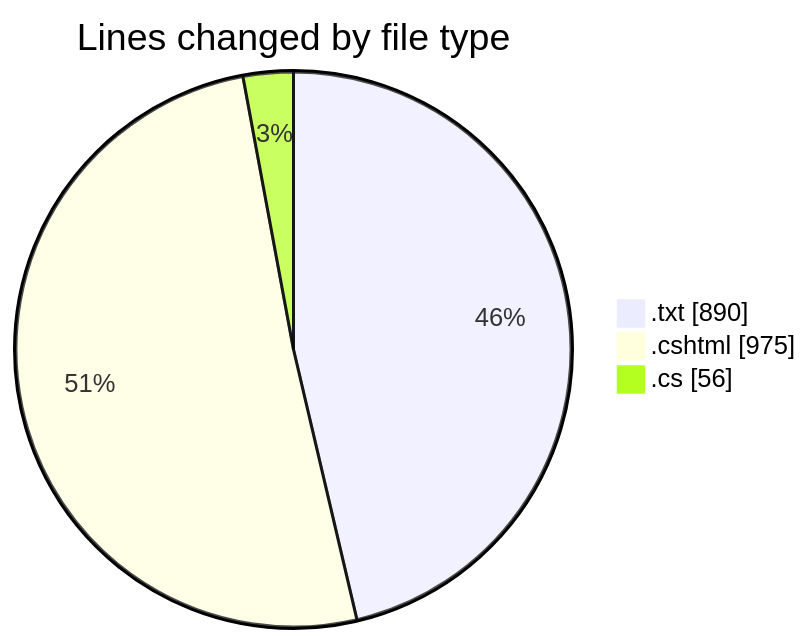
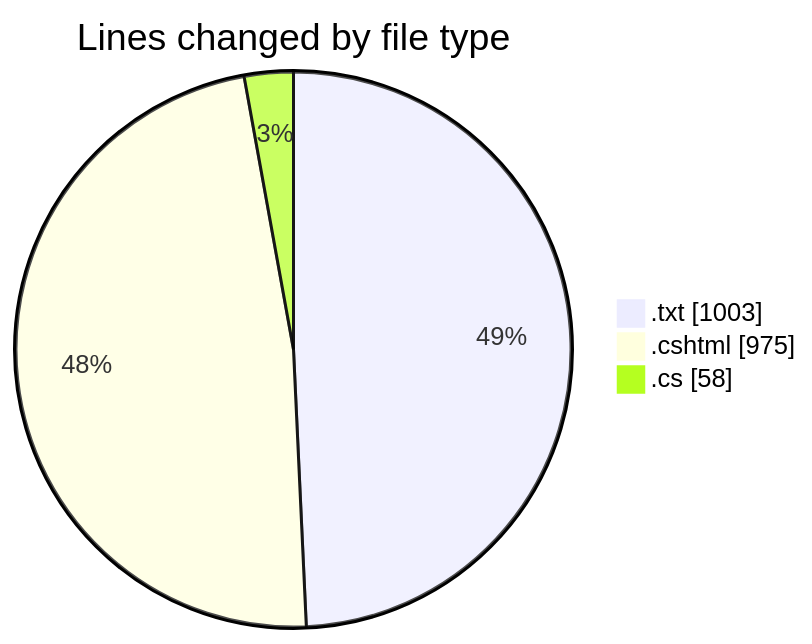
One commit to lephambinh05/code-tracking changed the first of 2 diagrams in 2025-07-25/quanlyrapchieuphim-1/README.md. Above: the diagram before and after it, drawn with Mermaid. The commit also changed other lines of this file and 1 other file, not shown here.

````diff
--- a/2025-07-25/quanlyrapchieuphim-1/README.md
+++ b/2025-07-25/quanlyrapchieuphim-1/README.md
@@ -23,7 +23,7 @@
 ```mermaid
 pie showData
 title Lines changed by file type
-".txt" : 890
+".txt" : 1003
 ".cshtml" : 975
-".cs" : 56
+".cs" : 58
 ```
````
